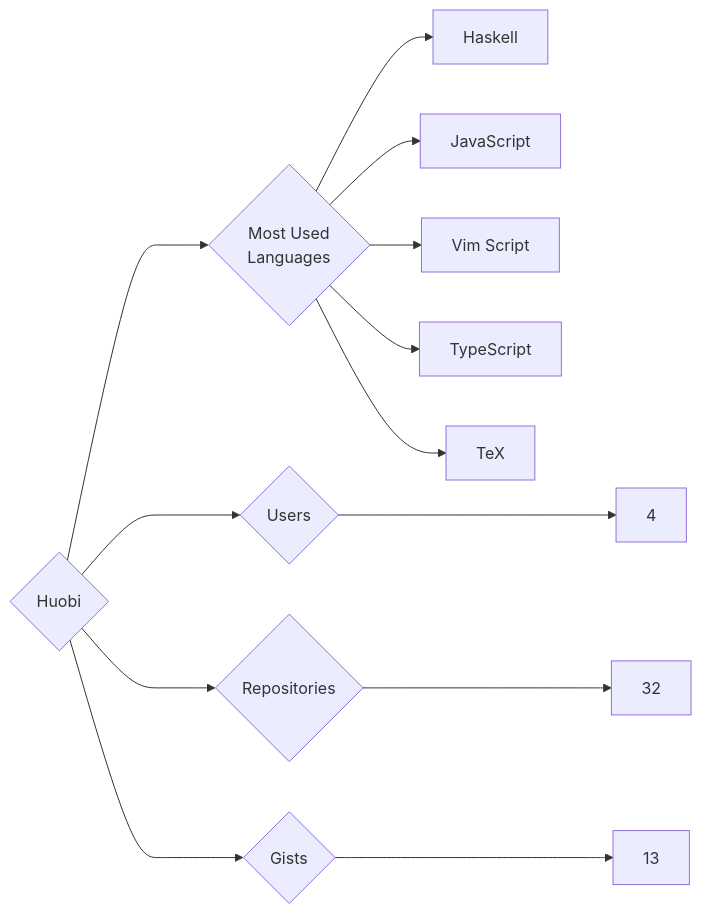
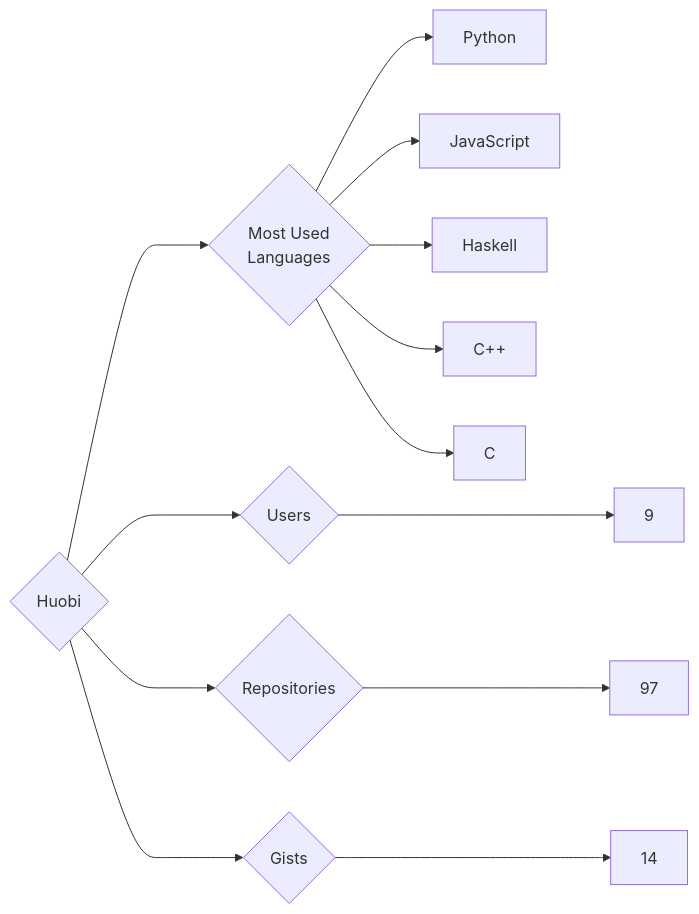
One commit to trickest/insiders changed the diagram in targets/Huobi/README.md. Above: the diagram before and after it, drawn with Mermaid. The commit also changed 993 other files, not shown here.

````diff
--- a/targets/Huobi/README.md
+++ b/targets/Huobi/README.md
@@ -3,13 +3,13 @@
 ```mermaid
 graph LR
 COMPANY_NAME{Huobi}
-COMPANY_NAME ---> U{Users} ---> UN[4]
-COMPANY_NAME ---> R{Repositories} ---> RN[32]
-COMPANY_NAME ---> G{Gists} ---> GN[13]
+COMPANY_NAME ---> U{Users} ---> UN[9]
+COMPANY_NAME ---> R{Repositories} ---> RN[97]
+COMPANY_NAME ---> G{Gists} ---> GN[14]
 COMPANY_NAME ---> ML{Most Used<br>Languages}
+ML --> Python[Python]
+ML --> JavaScript[JavaScript]
 ML --> Haskell[Haskell]
-ML --> JavaScript[JavaScript]
-ML --> Vim_Script[Vim Script]
-ML --> TypeScript[TypeScript]
-ML --> TeX[TeX]
+ML --> C++[C++]
+ML --> C[C]
 ```
````
